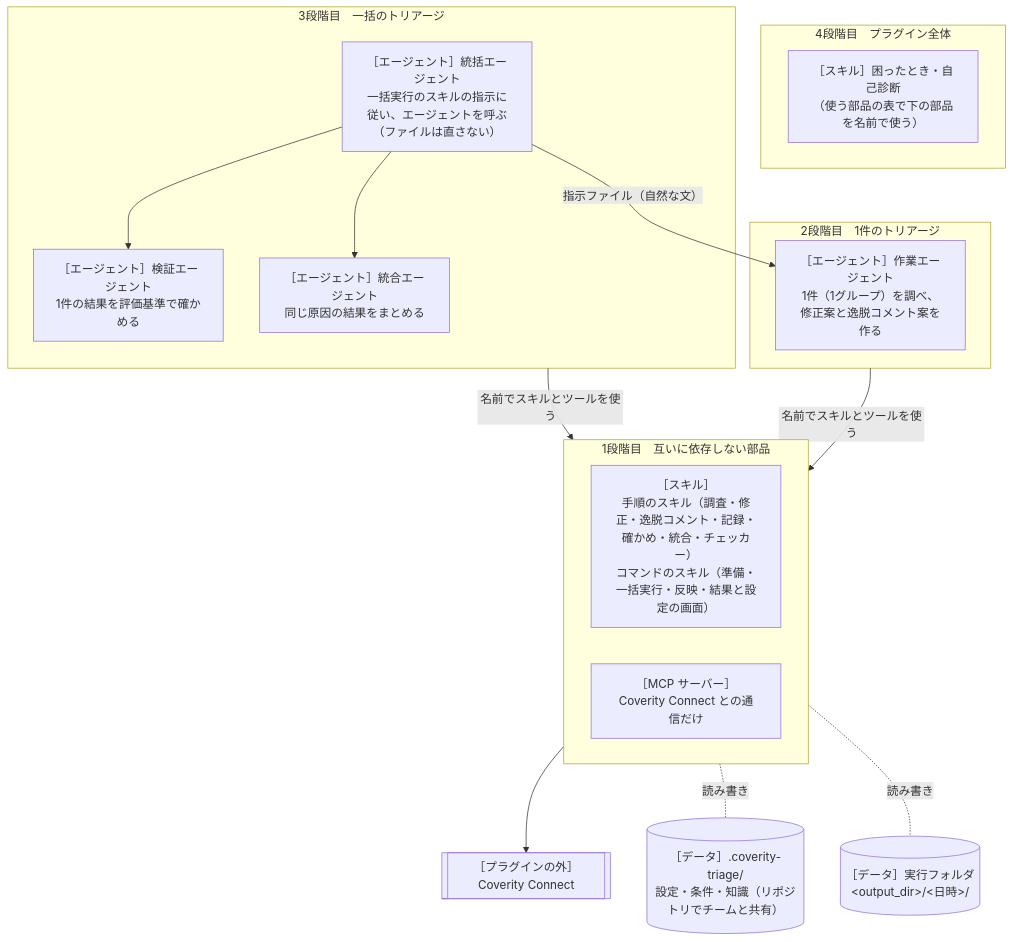
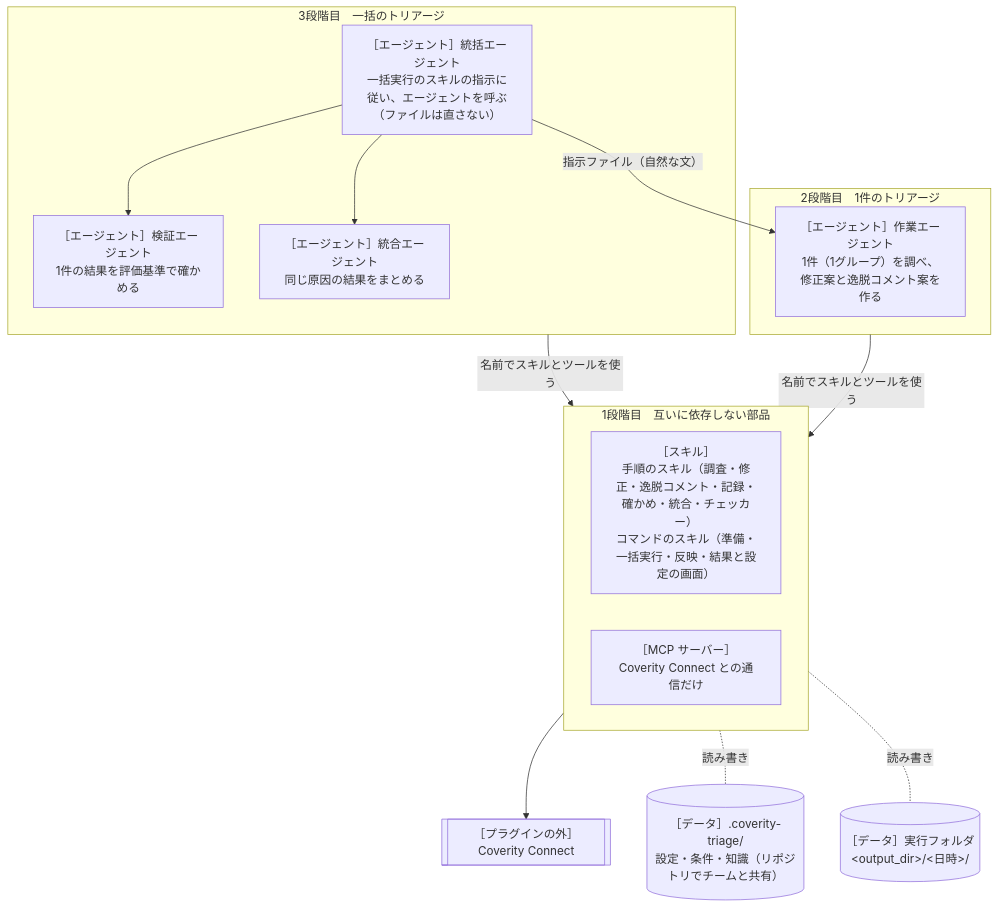
One commit to xclang-brain/plugin-market-place changed the diagram in plugins/coverity-triage-kit/docs/design/design.md. Above: the diagram before and after it, drawn with Mermaid. The commit also changed other lines of this file and 112 other files, not shown here.

````diff
--- a/plugins/coverity-triage-kit/docs/design/design.md
+++ b/plugins/coverity-triage-kit/docs/design/design.md
@@ -29,31 +29,28 @@
 ```mermaid
 flowchart TB
-    subgraph L4["4段階目　プラグイン全体"]
-        ENT["［スキル］困ったとき・自己診断<br/>（使う部品の表で下の部品を名前で使う）"]
-    end
     subgraph L3["3段階目　一括のトリアージ"]
         ORC["［エージェント］統括エージェント<br/>一括実行のスキルの指示に従い、エージェントを呼ぶ<br/>（ファイルは直さない）"]
         REV["［エージェント］検証エージェント<br/>1件の結果を評価基準で確かめる"]
         INT["［エージェント］統合エージェント<br/>同じ原因の結果をまとめる"]
     end
     subgraph L2["2段階目　1件のトリアージ"]
         WRK["［エージェント］作業エージェント<br/>1件（1グループ）を調べ、修正案と逸脱コメント案を作る"]
     end
     subgraph L1["1段階目　互いに依存しない部品"]
         direction LR
         SK["［スキル］<br/>手順のスキル（調査・修正・逸脱コメント・記録・確かめ・統合・チェッカー）<br/>コマンドのスキル（準備・一括実行・反映・結果と設定の画面）"]
         MCP["［MCP サーバー］<br/>Coverity Connect との通信だけ"]
     end
     SET[("［データ］.coverity-triage/<br/>設定・条件・知識（リポジトリでチームと共有）")]
     RUN[("［データ］実行フォルダ<br/>&lt;output_dir&gt;/&lt;日時&gt;/")]
     COV[["［プラグインの外］Coverity Connect"]]
 
     ORC -- "指示ファイル（自然な文）" --> WRK
     ORC --> REV
     ORC --> INT
     L3 -- "名前でスキルとツールを使う" --> L1
     L2 -- "名前でスキルとツールを使う" --> L1
     MCP --> COV
     SK -. "読み書き" .- SET
     SK -. "読み書き" .- RUN
 ```
````
